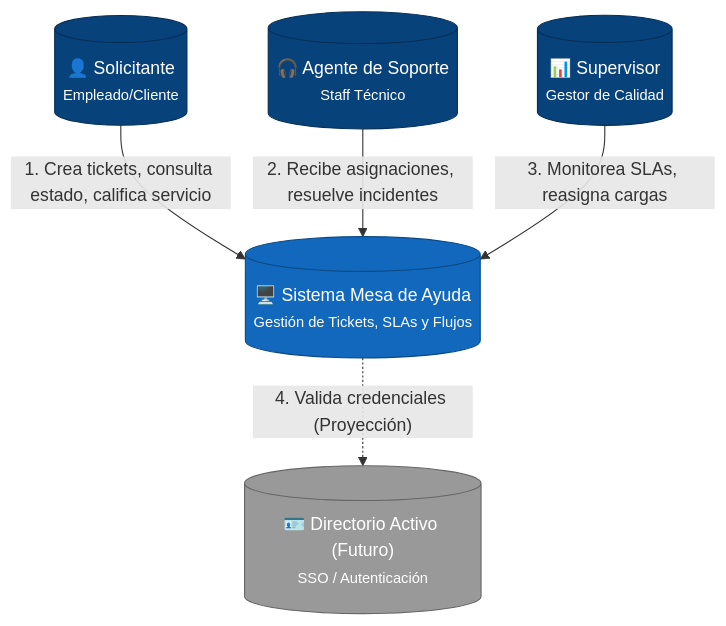
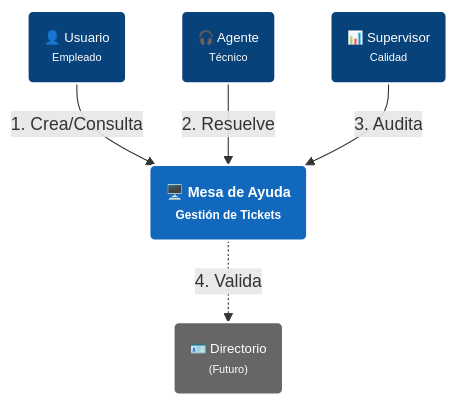
One commit to 4lexanderpardo09/help-desk-back changed the first of 2 diagrams in docs/ARCHITECTURE.md. Above: the diagram before and after it, drawn with Mermaid. The commit also changed other lines of this file, not shown here.

Commit message:
docs: simplify and condense architecture documentation content and diagrams for improved readability.

````diff
--- a/docs/ARCHITECTURE.md
+++ b/docs/ARCHITECTURE.md
@@ -17,25 +11,23 @@
 ```mermaid
 graph TD
-    %% Estilos de Nodos
-    classDef person fill:#08427b,stroke:#052e56,color:white,rx:10,ry:10;
-    classDef system fill:#1168bd,stroke:#0b4884,color:white,rx:10,ry:10;
-    classDef external fill:#999999,stroke:#666666,color:white,rx:10,ry:10;
+    %% Clases (Estilos Compactos)
+    classDef person fill:#08427b,stroke:#fff,stroke-width:2px,color:white,font-size:12px;
+    classDef system fill:#1168bd,stroke:#fff,stroke-width:2px,color:white,font-size:13px,font-weight:bold;
+    classDef external fill:#666,stroke:#fff,stroke-width:2px,color:white,font-size:12px;
 
-    %% Actores Principales
-    Solicitante[("👤 Solicitante<br><small>Empleado/Cliente</small>")]:::person
-    Agente[("🎧 Agente de Soporte<br><small>Staff Técnico</small>")]:::person
-    Supervisor[("📊 Supervisor<br><small>Gestor de Calidad</small>")]:::person
+    %% Nodos (Textos Cortos)
+    User("👤 Usuario<br><small>Empleado</small>"):::person
+    Agent("🎧 Agente<br><small>Técnico</small>"):::person
+    Boss("📊 Supervisor<br><small>Calidad</small>"):::person
 
-    %% Sistema Central
-    HelpDesk[("🖥️ Sistema Mesa de Ayuda<br><small>Gestión de Tickets, SLAs y Flujos</small>")]:::system
+    System("🖥️ Mesa de Ayuda<br><small>Gestión de Tickets</small>"):::system
 
-    %% Sistemas Externos
-    AD[("🪪 Directorio Activo (Futuro)<br><small>SSO / Autenticación</small>")]:::external
+    AD("🪪 Directorio<br><small>(Futuro)</small>"):::external
 
-    %% Interacciones
-    Solicitante -- "1. Crea tickets, consulta estado, califica servicio" --> HelpDesk
-    Agente -- "2. Recibe asignaciones, resuelve incidentes" --> HelpDesk
-    Supervisor -- "3. Monitorea SLAs, reasigna cargas" --> HelpDesk
+    %% Relaciones (Etiquetas Cortas)
+    User -- "1. Crea/Consulta" --> System
+    Agent -- "2. Resuelve" --> System
+    Boss -- "3. Audita" --> System
     
-    HelpDesk -. "4. Valida credenciales (Proyección)" .-> AD
+    System -. "4. Valida" .-> AD
 ```
````
